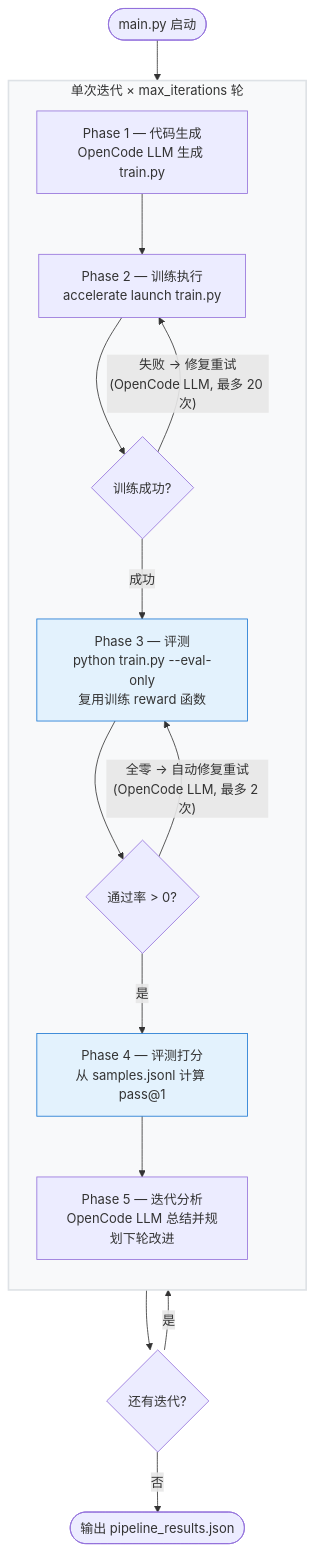
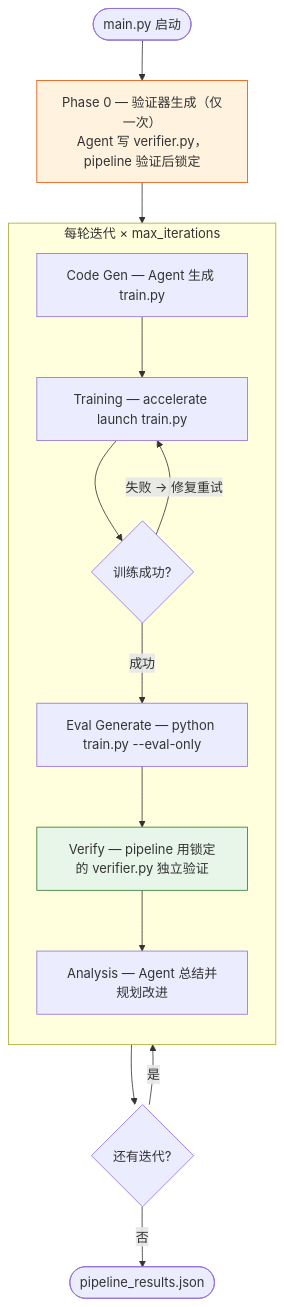
One commit to shatianming5/opencode-rl changed the diagram in README.md. Above: the diagram before and after it, drawn with Mermaid. The commit also changed other lines of this file and 1 other file, not shown here.

````diff
--- a/README.md
+++ b/README.md
@@ -217,26 +175,25 @@
 ```mermaid
 flowchart TD
-    Start(["main.py 启动"]) --> A
+    Start(["main.py 启动"]) --> P0
 
-    subgraph Iter ["单次迭代  ×  max_iterations 轮"]
+    P0["Phase 0 — 验证器生成（仅一次）<br/>Agent 写 verifier.py，pipeline 验证后锁定"]
+    P0 --> Iter
+
+    subgraph Iter ["每轮迭代 × max_iterations"]
         direction TB
-
-        A["Phase 1 — 代码生成<br/>OpenCode LLM 生成 train.py"]
-        A --> B["Phase 2 — 训练执行<br/>accelerate launch train.py"]
+        A["Code Gen — Agent 生成 train.py"]
+        A --> B["Training — accelerate launch train.py"]
         B --> C{训练成功?}
-        C -- "失败 → 修复重试<br/>(OpenCode LLM, 最多 20 次)" --> B
-        C -- 成功 --> D["Phase 3 — 评测<br/>python train.py --eval-only<br/>复用训练 reward 函数"]
-        D --> E{通过率 > 0?}
-        E -- "全零 → 自动修复重试<br/>(OpenCode LLM, 最多 2 次)" --> D
-        E -- 是 --> F["Phase 4 — 评测打分<br/>从 samples.jsonl 计算 pass@1"]
-        F --> G["Phase 5 — 迭代分析<br/>OpenCode LLM 总结并规划下轮改进"]
+        C -- "失败 → 修复重试" --> B
+        C -- 成功 --> D["Eval Generate — python train.py --eval-only"]
+        D --> E["Verify — pipeline 用锁定的 verifier.py 独立验证"]
+        E --> F["Analysis — Agent 总结并规划改进"]
     end
 
-    G --> More{还有迭代?}
+    F --> More{还有迭代?}
     More -- 是 --> A
-    More -- 否 --> End(["输出 pipeline_results.json"])
+    More -- 否 --> End(["pipeline_results.json"])
 
-    style Iter fill:#f8f9fa,stroke:#dee2e6,stroke-width:2px
-    style D fill:#e3f2fd,stroke:#1976d2
-    style F fill:#e3f2fd,stroke:#1976d2
+    style P0 fill:#fff3e0,stroke:#e65100
+    style E fill:#e8f5e9,stroke:#2e7d32
 ```
````
